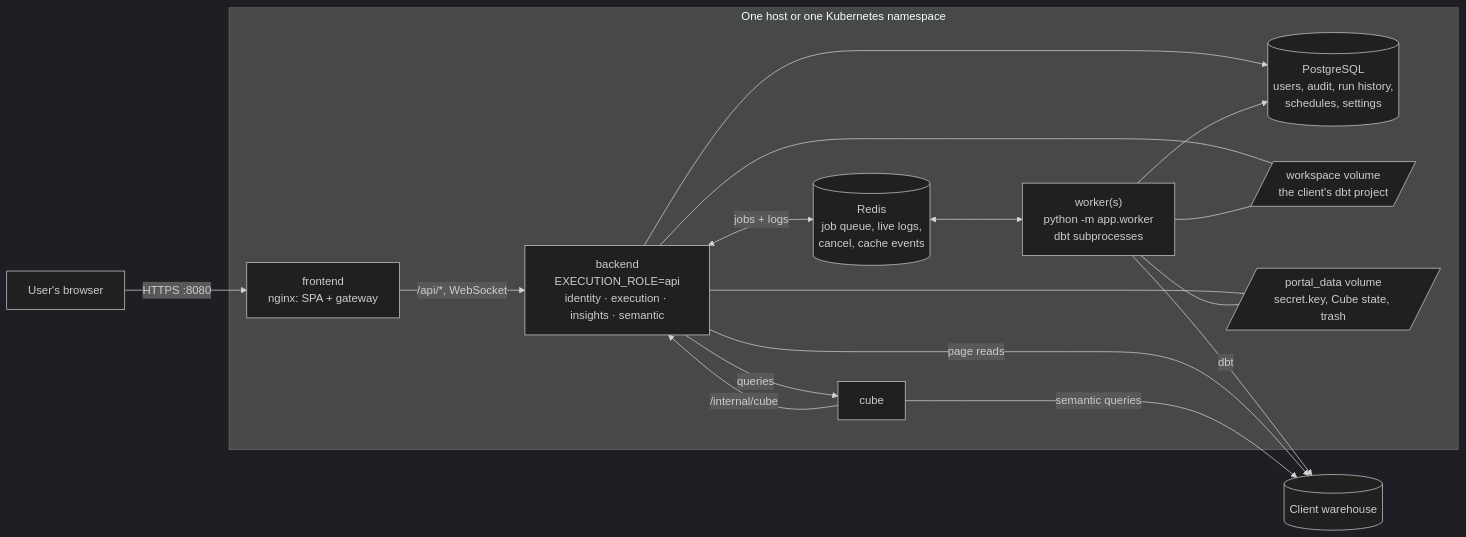
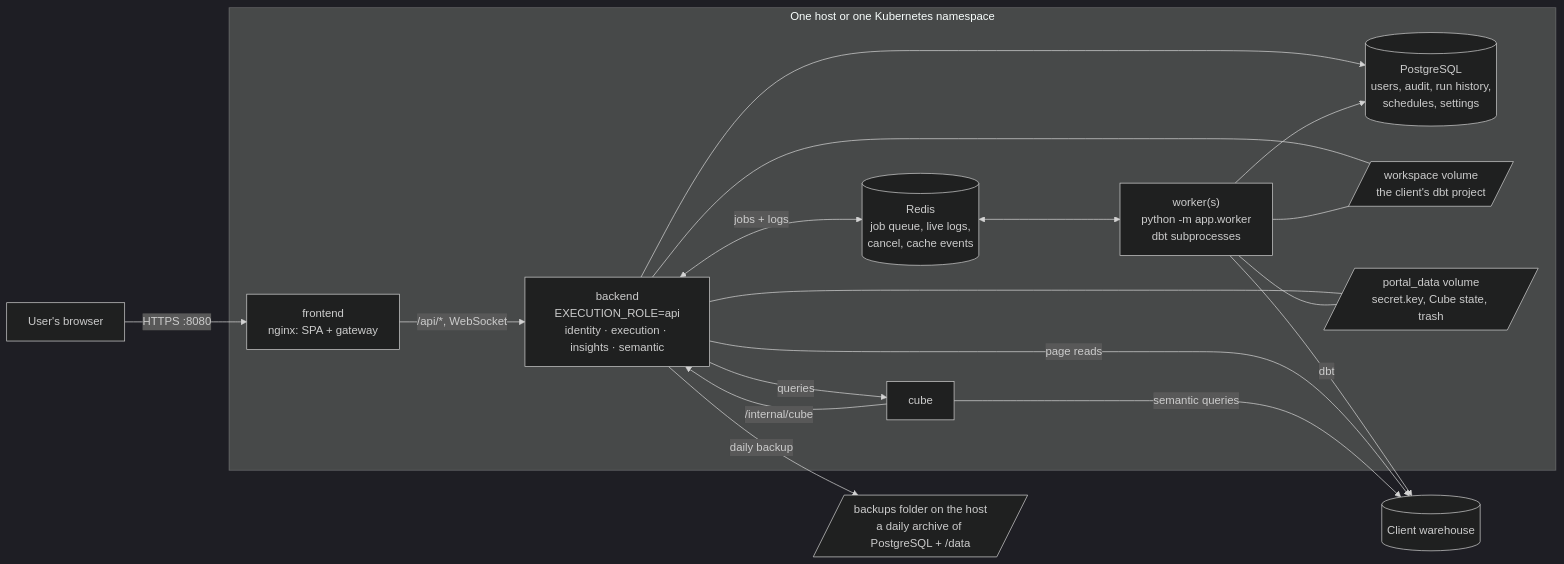
One commit to omaryehia015/capgemini-dbt-portal-deploy changed the third of 9 diagrams in docs/SYSTEM_GUIDE.md. Above: the diagram before and after it, drawn with Mermaid (dark theme). The commit also changed other lines of this file and 12 other files, not shown here.

First line of the commit message:
Backups: a host folder for the portal's backups, backup and restore commands

````diff
--- a/docs/SYSTEM_GUIDE.md
+++ b/docs/SYSTEM_GUIDE.md
@@ -95,30 +95,32 @@
 ```mermaid
 flowchart LR
   U["User's browser"] -->|"HTTPS :8080"| FE
 
   subgraph host["One host or one Kubernetes namespace"]
     FE["frontend<br/>nginx: SPA + gateway"]
     BE["backend<br/>EXECUTION_ROLE=api<br/>identity · execution · insights · semantic"]
     WK["worker(s)<br/>python -m app.worker<br/>dbt subprocesses"]
     CU["cube"]
     PG[("PostgreSQL<br/>users, audit, run history,<br/>schedules, settings")]
     RD[("Redis<br/>job queue, live logs,<br/>cancel, cache events")]
     WS[/"workspace volume<br/>the client's dbt project"/]
     DATA[/"portal_data volume<br/>secret.key, Cube state, trash"/]
   end
+  BK[/"backups folder on the host<br/>a daily archive of PostgreSQL + /data"/]
 
   FE -->|"/api/*, WebSocket"| BE
   BE <-->|"jobs + logs"| RD
   RD <--> WK
   BE --> PG
   WK --> PG
   BE --- WS
   WK --- WS
   BE --- DATA
   WK --- DATA
+  BE -->|"daily backup"| BK
   BE -->|"queries"| CU
   CU -->|"/internal/cube"| BE
   WK -->|"dbt"| DWH[("Client warehouse")]
   BE -->|"page reads"| DWH
   CU -->|"semantic queries"| DWH
 ```
````
